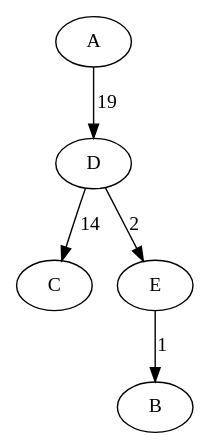
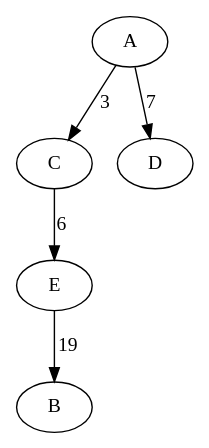
Before and after one commit to lucley64/TravailCyTech: the diagram in S2/Algo/TP/resultat.dot, drawn with Graphviz. The commit also changed 3 other files, not shown here.

```diff
--- a/S2/Algo/TP/resultat.dot
+++ b/S2/Algo/TP/resultat.dot
@@ -1,19 +1,19 @@
 digraph G {
   A
   B
   C
   D
   E
-  D -> C [
-    label = 14
+  A -> C [
+    label = 3
   ];
-  D -> E [
-    label = 2
+  A -> D [
+    label = 7
+  ];
+  C -> E [
+    label = 6
   ];
   E -> B [
-    label = 1
-  ];
-  A -> D [
     label = 19
   ];
 }
```
